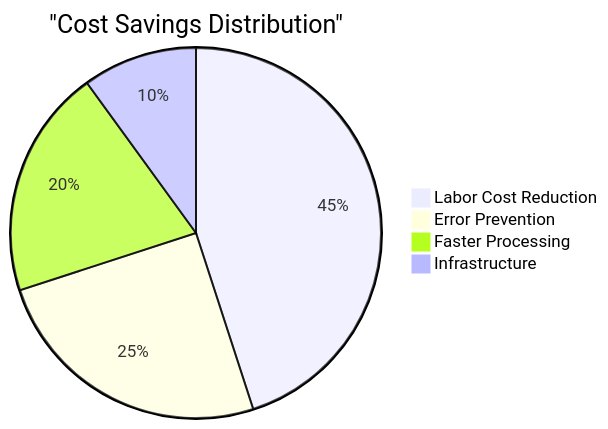
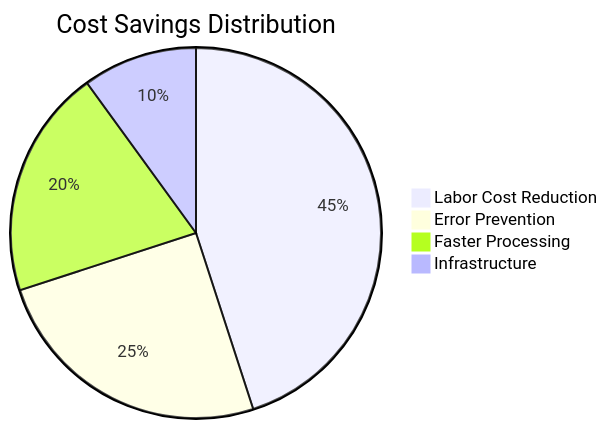
One commit to TheDataShrink/fisheries_project changed the diagram in 05-evaluation.qmd. Above: the diagram before and after it, drawn with Mermaid. The commit also changed 8 other files, not shown here.

````diff
--- a/05-evaluation.qmd
+++ b/05-evaluation.qmd
@@ -29,8 +29,7 @@
 ```{mermaid}
-pie
-    title "Cost Savings Distribution"
+pie title Cost Savings Distribution
     "Labor Cost Reduction" : 45
     "Error Prevention" : 25
     "Faster Processing" : 20
     "Infrastructure" : 10
 ```
````
